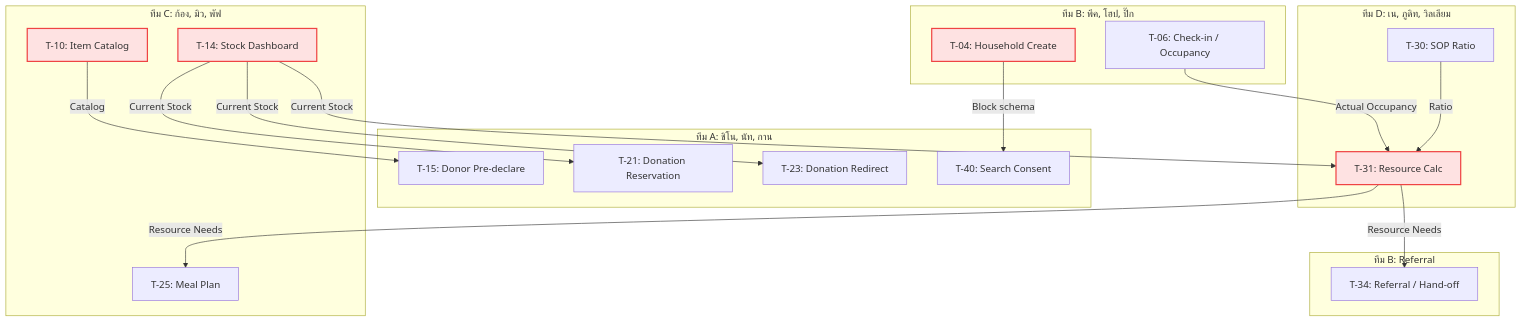
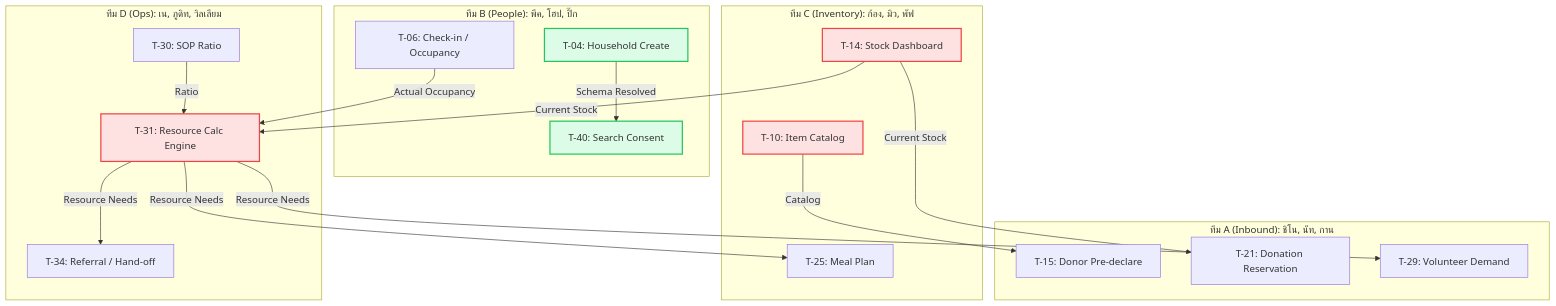
The diagram in docs/task-breakdown/teamplanning.md (r202-coe-psu/tent), drawn with Mermaid before and after one commit. The commit also changed other lines of this file, not shown here.

````diff
--- a/docs/task-breakdown/teamplanning.md
+++ b/docs/task-breakdown/teamplanning.md
@@ -67,35 +94,36 @@
 ```mermaid
 flowchart TD
-    subgraph TB["ทีม B: พีค, โฮป, ปิ๊ก"]
+    subgraph TA["ทีม A (Inbound): ชิโน, นัท, กาน"]
+        T15[T-15: Donor Pre-declare]
+        T21[T-21: Donation Reservation]
+        T29[T-29: Volunteer Demand]
+    end
+    subgraph TB["ทีม B (People): พีค, โฮป, ปิ๊ก"]
         T04[T-04: Household Create]
         T06[T-06: Check-in / Occupancy]
+        T40[T-40: Search Consent]
     end
-    subgraph TC["ทีม C: ก้อง, มิว, พัฟ"]
+    subgraph TC["ทีม C (Inventory): ก้อง, มิว, พัฟ"]
         T10[T-10: Item Catalog]
         T14[T-14: Stock Dashboard]
         T25[T-25: Meal Plan]
     end
-    subgraph TD["ทีม D: เน, ภูดิท, วิลเลียม"]
+    subgraph TD["ทีม D (Ops): เน, ภูดิท, วิลเลียม"]
         T30[T-30: SOP Ratio]
-        T31[T-31: Resource Calc]
-    end
-    subgraph TA["ทีม A: ชิโน, นัท, กาน"]
-        T15[T-15: Donor Pre-declare]
-        T21[T-21: Donation Reservation]
-        T23[T-23: Donation Redirect]
-        T40[T-40: Search Consent]
-    end
-    subgraph TF["ทีม B: Referral"]
+        T31[T-31: Resource Calc Engine]
         T34[T-34: Referral / Hand-off]
     end
 
-    T04 -->|Block schema| T40
+    T04 -->|Schema Resolved| T40
     T10 -->|Catalog| T15
-    T14 -->|Current Stock| T21 & T23 & T31
+    T14 -->|Current Stock| T21 & T31
     T06 -->|Actual Occupancy| T31
     T30 -->|Ratio| T31
-    T31 -->|Resource Needs| T25 & T34
+    T31 -->|Resource Needs| T25 & T29 & T34
 
+    classDef solved fill:#dcfce7,stroke:#22c55e,stroke-width:2px;
     classDef block fill:#fee2e2,stroke:#ef4444,stroke-width:2px;
-    class T04,T10,T14,T31 block;
+    
+    class T04,T40 solved;
+    class T10,T14,T31 block;
 ```
````
